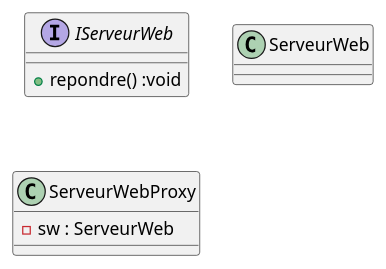
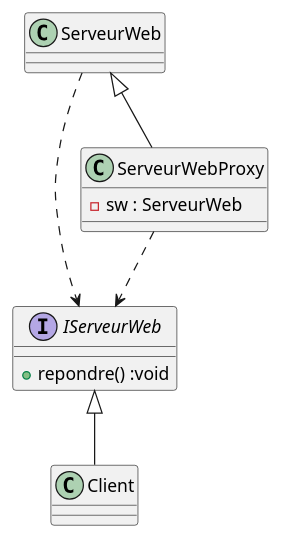
The diagram in src/uml/proxy.puml (portduport/design-pattern-ds-2), drawn with PlantUML before and after one commit. The commit also changed 1 other file, not shown here.

Commit message:
uml added

```diff
--- a/src/uml/proxy.puml
+++ b/src/uml/proxy.puml
@@ -1,10 +1,16 @@
 @startuml Proxy
 interface IServeurWeb {
      + repondre() :void   
 }
+class Client
 class ServeurWeb
 class ServeurWebProxy{
     - sw : ServeurWeb
 }
 
+ServeurWebProxy ..> IServeurWeb
+ServeurWeb ..> IServeurWeb
+ServeurWeb <|-- ServeurWebProxy
+IServeurWeb <|-- Client
+
 @enduml
```
